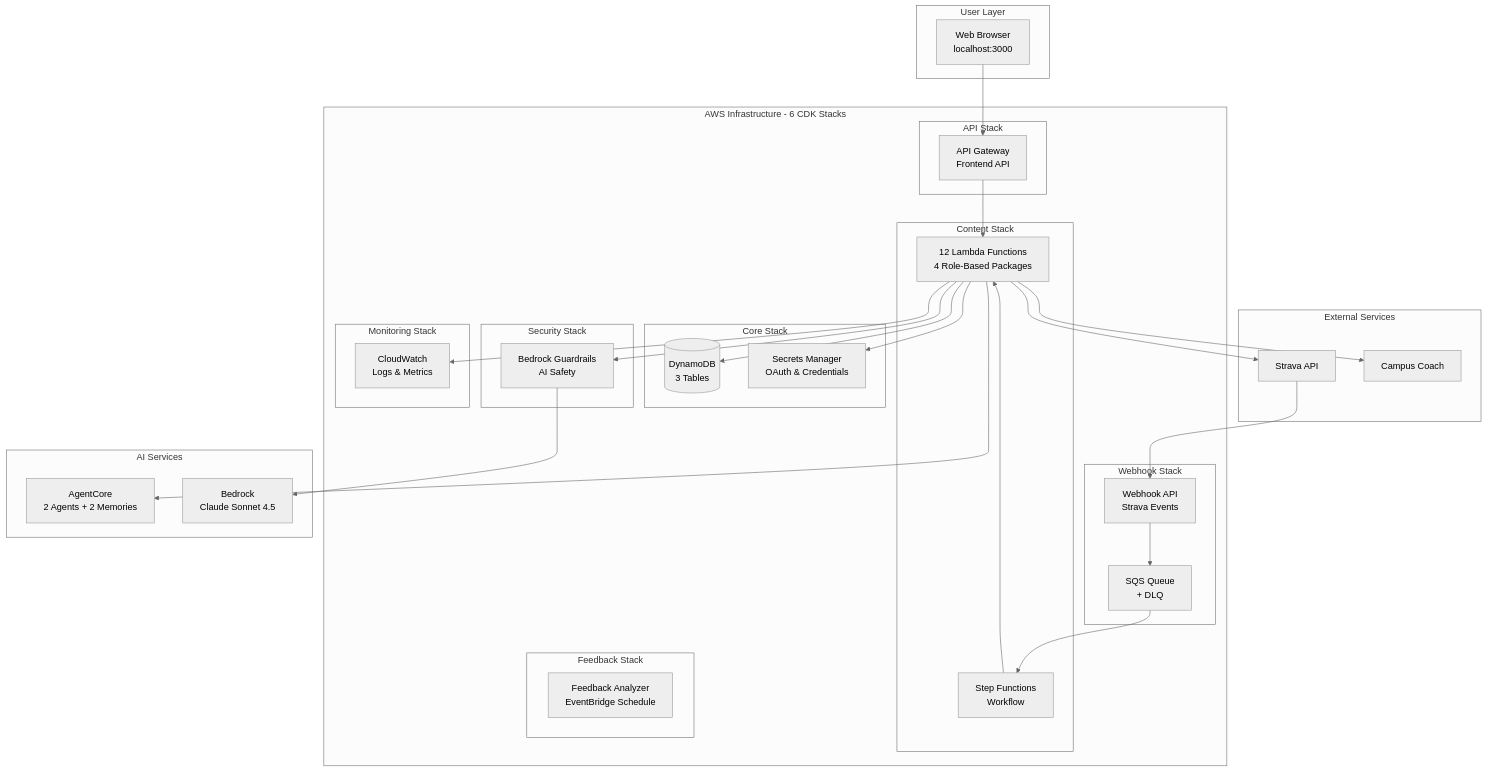
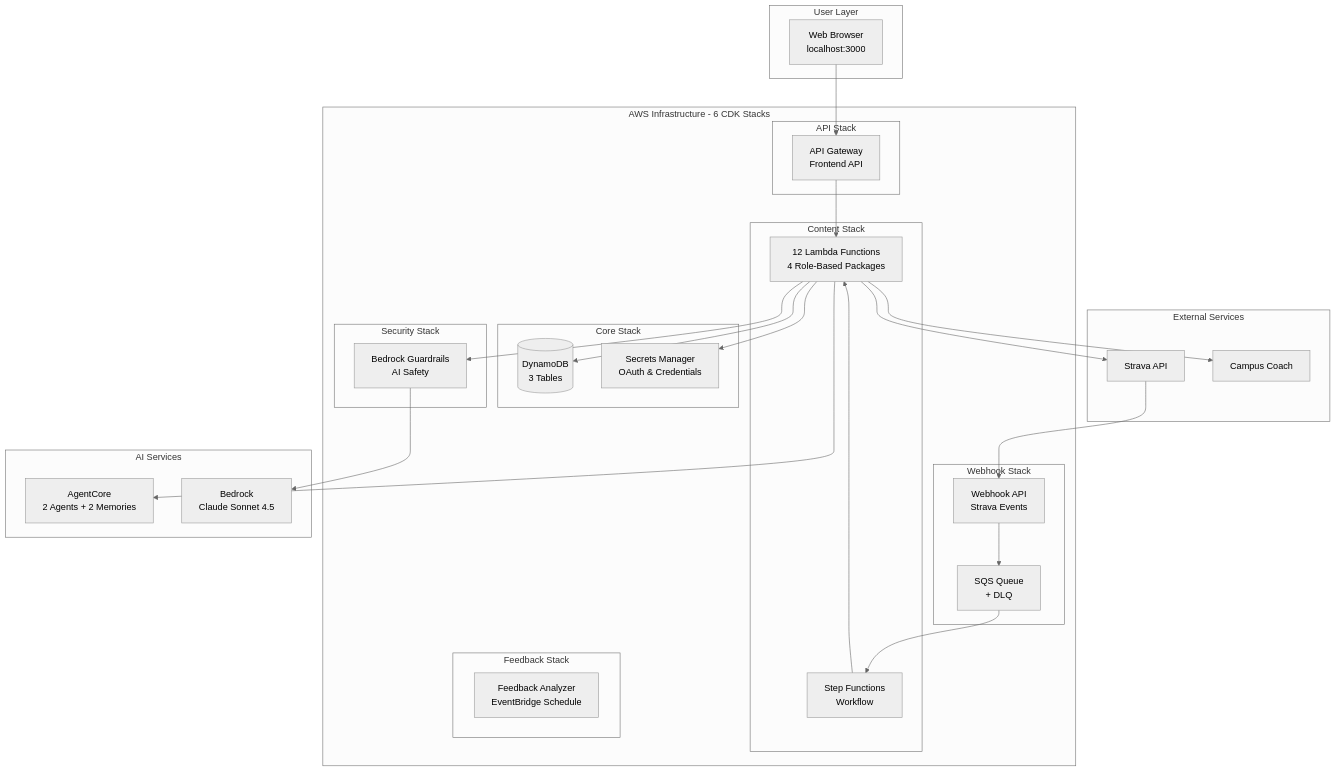
The first of 2 diagrams in README.md (el-pedrito/strava-ai-boost), drawn with Mermaid (neutral theme) before and after one commit. The commit also changed other lines of this file and 2 other files, not shown here.

First line of the commit message:
feat(observability): rely on AgentCore Observability (replaces custom MonitoringStack)

````diff
--- a/README.md
+++ b/README.md
@@ -174,67 +174,62 @@
 ```mermaid
 graph TB
     subgraph "User Layer"
         Browser[Web Browser<br/>localhost:3000]
     end
 
     subgraph "AWS Infrastructure - 6 CDK Stacks"
         subgraph "Core Stack"
             DDB[(DynamoDB<br/>3 Tables)]
             Secrets[Secrets Manager<br/>OAuth & Credentials]
         end
 
         subgraph "Security Stack"
             Guardrails[Bedrock Guardrails<br/>AI Safety]
         end
 
         subgraph "Webhook Stack"
             WebhookAPI[Webhook API<br/>Strava Events]
             SQS[SQS Queue<br/>+ DLQ]
         end
 
         subgraph "Content Stack"
             SF[Step Functions<br/>Workflow]
             Lambda12[12 Lambda Functions<br/>4 Role-Based Packages]
         end
 
         subgraph "API Stack"
             APIGW[API Gateway<br/>Frontend API]
         end
 
-        subgraph "Monitoring Stack"
-            CW[CloudWatch<br/>Logs & Metrics]
-        end
-
-        subgraph "Feedback Stack"
+subgraph "Feedback Stack"
             FB[Feedback Analyzer<br/>EventBridge Schedule]
         end
     end
 
     subgraph "AI Services"
         AgentCore[AgentCore<br/>2 Agents + 2 Memories]
         Bedrock[Bedrock<br/>Claude Sonnet 4.5]
     end
 
     subgraph "External Services"
         Strava[Strava API]
         Campus[Campus Coach]
     end
 
     Browser --> APIGW
     APIGW --> Lambda12
     Lambda12 --> DDB
     Lambda12 --> Secrets
 
     Strava --> WebhookAPI
     WebhookAPI --> SQS
     SQS --> SF
     SF --> Lambda12
 
     Lambda12 --> Guardrails
     Guardrails --> Bedrock
     Lambda12 --> AgentCore
     Lambda12 --> Strava
     Lambda12 --> Campus
 
-    Lambda12 --> CW
 ```
````
